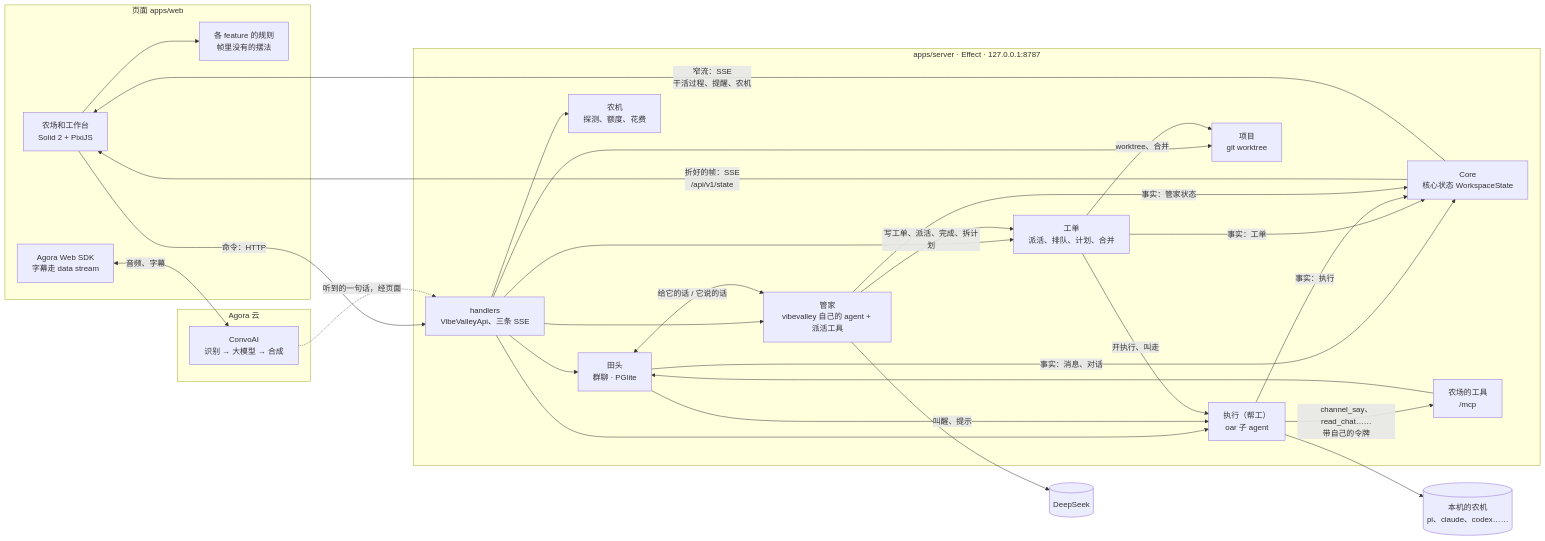
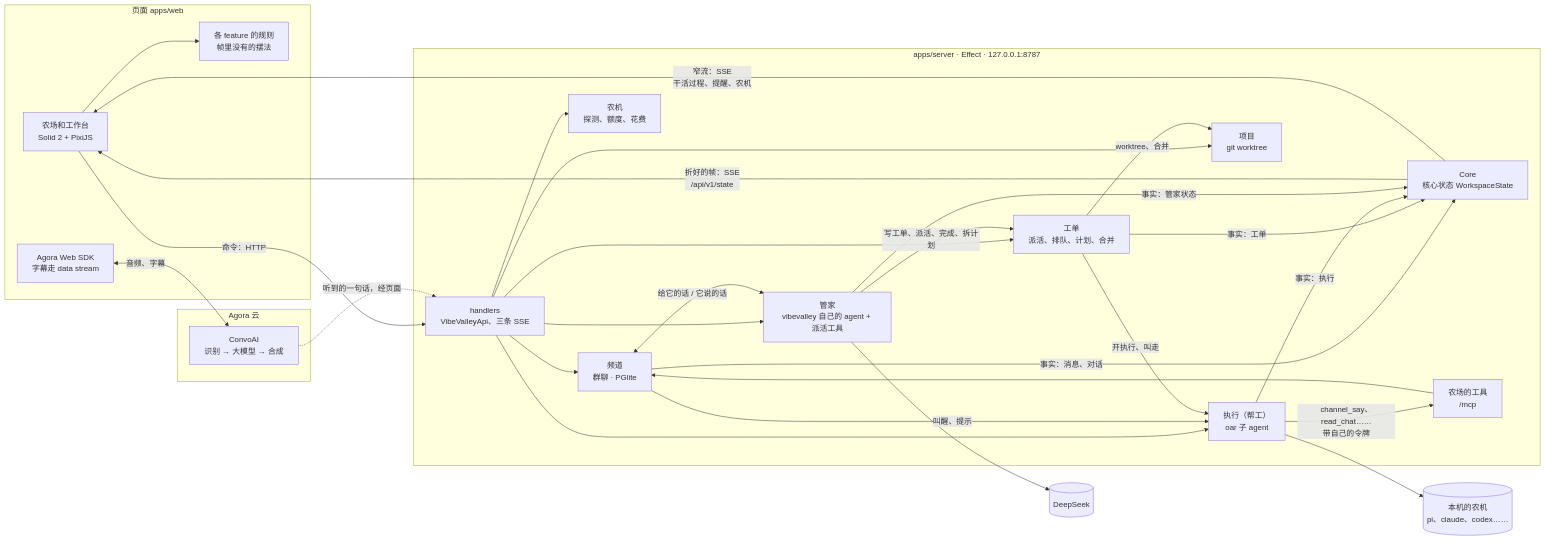
Before and after one commit to vibevalleyhq/vibevalley: the diagram in docs/architecture.md, drawn with Mermaid. The commit also changed other lines of this file and 195 other files, not shown here.

````diff
--- a/docs/architecture.md
+++ b/docs/architecture.md
@@ -5,48 +5,48 @@
 ```mermaid
 flowchart LR
   subgraph Page[页面 apps/web]
     UI[农场和工作台<br/>Solid 2 + PixiJS]
     RULES[各 feature 的规则<br/>帧里没有的摆法]
     RTC[Agora Web SDK<br/>字幕走 data stream]
   end
 
   subgraph Server[apps/server · Effect · 127.0.0.1:8787]
     API[handlers<br/>VibeValleyApi、三条 SSE]
     SITE[Core<br/>核心状态 WorkspaceState]
     FM[管家<br/>vibevalley 自己的 agent + 派活工具]
-    CHAT[田头<br/>群聊 · PGlite]
+    CHAT[频道<br/>群聊 · PGlite]
     MCP[农场的工具<br/>/mcp]
     TK[工单<br/>派活、排队、计划、合并]
     CREW[执行（帮工）<br/>oar 子 agent]
     PRJ[项目<br/>git worktree]
     RT[农机<br/>探测、额度、花费]
   end
 
   subgraph Agora[Agora 云]
     CAI[ConvoAI<br/>识别 → 大模型 → 合成]
   end
 
   AGENTS[(本机的农机<br/>pi、claude、codex……)]
   DS[(DeepSeek)]
 
   UI --> RULES
   UI -->|命令：HTTP| API
   SITE -->|折好的帧：SSE<br/>/api/v1/state| UI
   SITE -->|窄流：SSE<br/>干活过程、提醒、农机| UI
   API --> CHAT & FM & TK & CREW & PRJ & RT
   CHAT <-->|给它的话 / 它说的话| FM
   CHAT -->|叫醒、提示| CREW
   CREW -->|channel_say、read_chat……<br/>带自己的令牌| MCP
   MCP --> CHAT
   FM -->|写工单、派活、完成、拆计划| TK
   TK -->|开执行、叫走| CREW
   TK -->|worktree、合并| PRJ
   CREW --> AGENTS
   FM --> DS
   CHAT -->|事实：消息、对话| SITE
   TK -->|事实：工单| SITE
   CREW -->|事实：执行| SITE
   FM -->|事实：管家状态| SITE
   RTC <-->|音频、字幕| CAI
   CAI -.->|听到的一句话，经页面| API
 ```
````
